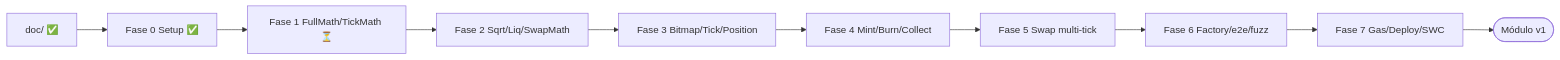
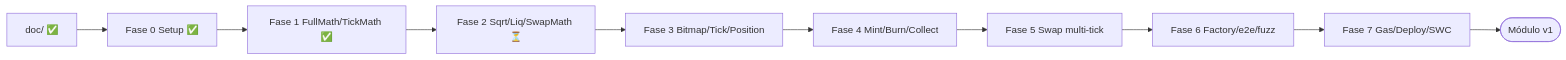
One commit to rastrahm/amm-v3-concentrated-liquidity changed the ninth of 9 diagrams in doc/flujograma.md. Above: the diagram before and after it, drawn with Mermaid. The commit also changed other lines of this file and 15 other files, not shown here.

Commit message:
FullMath + TickMath

````diff
--- a/doc/flujograma.md
+++ b/doc/flujograma.md
@@ -167,12 +167,12 @@
 ```mermaid
 flowchart LR
     Doc[doc/ ✅] --> F0[Fase 0 Setup ✅]
-    F0 --> F1[Fase 1 FullMath/TickMath ⏳]
-    F1 --> F2[Fase 2 Sqrt/Liq/SwapMath]
+    F0 --> F1[Fase 1 FullMath/TickMath ✅]
+    F1 --> F2[Fase 2 Sqrt/Liq/SwapMath ⏳]
     F2 --> F3[Fase 3 Bitmap/Tick/Position]
     F3 --> F4[Fase 4 Mint/Burn/Collect]
     F4 --> F5[Fase 5 Swap multi-tick]
     F5 --> F6[Fase 6 Factory/e2e/fuzz]
     F6 --> F7[Fase 7 Gas/Deploy/SWC]
     F7 --> Done([Módulo v1])
 ```
````
